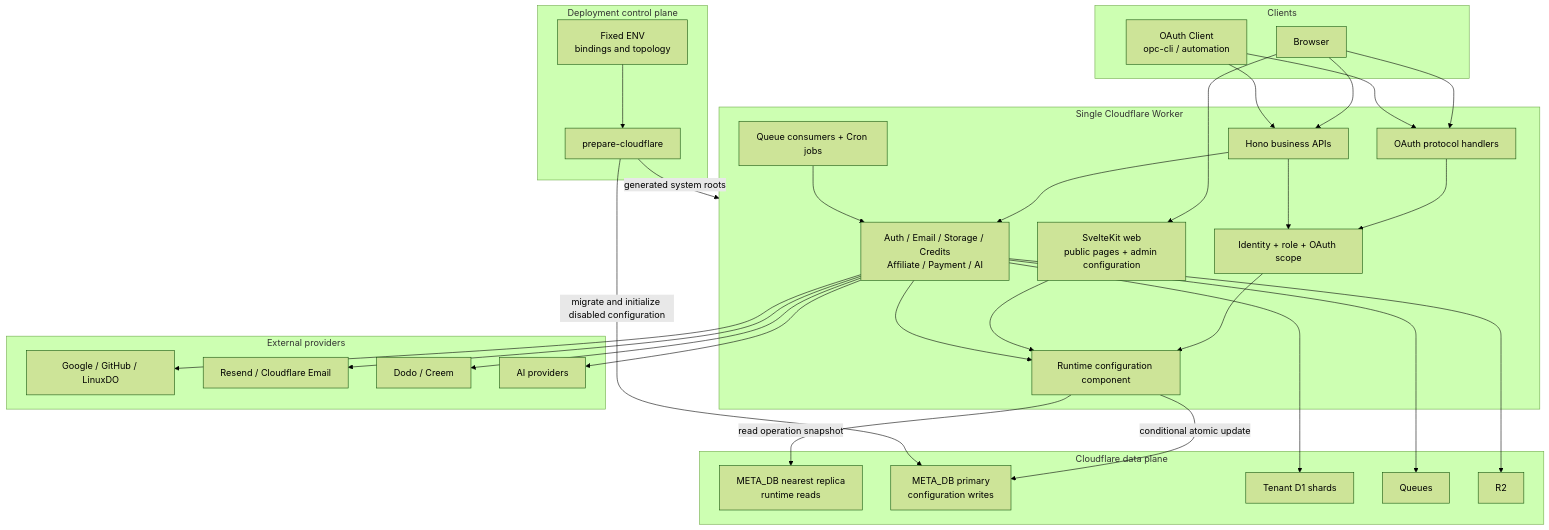
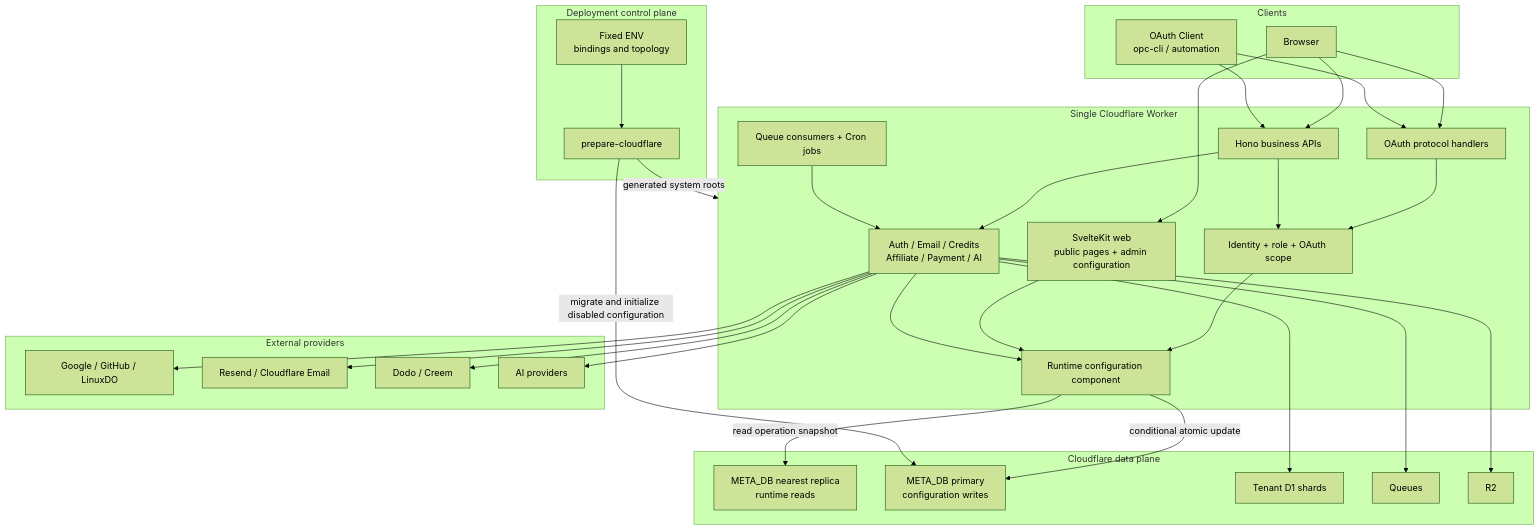
One commit to glidea/opcstack changed the first of 11 diagrams in docs/v025/tech-design.md. Above: the diagram before and after it, drawn with Mermaid (forest theme). The commit also changed other lines of this file and 64 other files, not shown here.

````diff
--- a/docs/v025/tech-design.md
+++ b/docs/v025/tech-design.md
@@ -892,65 +888,65 @@
 ```mermaid
 flowchart TB
   subgraph Clients["Clients"]
     Browser["Browser"]
     OAuthClient["OAuth Client<br/>opc-cli / automation"]
   end
 
   subgraph ControlPlane["Deployment control plane"]
     Prepare["prepare-cloudflare"]
     FixedEnv["Fixed ENV<br/>bindings and topology"]
   end
 
   subgraph Worker["Single Cloudflare Worker"]
     Web["SvelteKit web<br/>public pages + admin configuration"]
     OAuthProtocol["OAuth protocol handlers"]
     BusinessApi["Hono business APIs"]
     Authz["Identity + role + OAuth scope"]
     Config["Runtime configuration component"]
-    Runtime["Auth / Email / Storage / Credits<br/>Affiliate / Payment / AI"]
+    Runtime["Auth / Email / Credits<br/>Affiliate / Payment / AI"]
     Jobs["Queue consumers + Cron jobs"]
   end
 
   subgraph Data["Cloudflare data plane"]
     MetaReplica["META_DB nearest replica<br/>runtime reads"]
     MetaPrimary["META_DB primary<br/>configuration writes"]
     Tenant["Tenant D1 shards"]
     Queue["Queues"]
     R2["R2"]
   end
 
   subgraph External["External providers"]
     ExternalAuth["Google / GitHub / LinuxDO"]
     ExternalEmail["Resend / Cloudflare Email"]
     ExternalPayment["Dodo / Creem"]
     ExternalAI["AI providers"]
   end
 
   Browser --> Web
   Browser --> BusinessApi
   Browser --> OAuthProtocol
   OAuthClient --> OAuthProtocol
   OAuthClient --> BusinessApi
 
   OAuthProtocol --> Authz
   BusinessApi --> Authz
   Authz --> Config
   Web --> Config
   BusinessApi --> Runtime
   Jobs --> Runtime
   Runtime --> Config
 
   Config -->|read operation snapshot| MetaReplica
   Config -->|conditional atomic update| MetaPrimary
   Runtime --> Tenant
   Runtime --> Queue
   Runtime --> R2
   Runtime --> ExternalAuth
   Runtime --> ExternalEmail
   Runtime --> ExternalPayment
   Runtime --> ExternalAI
 
   FixedEnv --> Prepare
   Prepare -->|generated system roots| Worker
   Prepare -->|migrate and initialize disabled configuration| MetaPrimary
 ```
````
